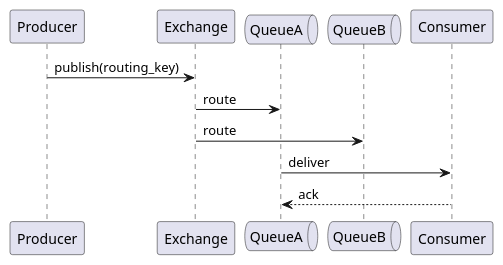
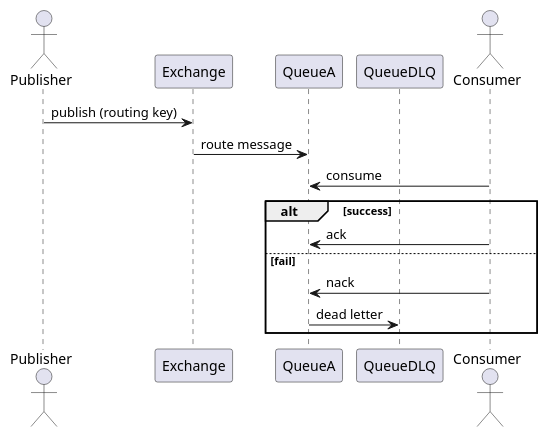
Before and after one commit to iwizy/analyst_kb: the diagram in docs/integrations/integration-methods/message-brokers/rabbitmq.md, drawn with PlantUML. The commit also changed other lines of this file and 33 other files, not shown here.

````diff
--- a/docs/integrations/integration-methods/message-brokers/rabbitmq.md
+++ b/docs/integrations/integration-methods/message-brokers/rabbitmq.md
@@ -16,15 +36,19 @@
 ```kroki-plantuml
 @startuml
-participant Producer
+actor Publisher
 participant Exchange
-queue QueueA
-queue QueueB
-participant Consumer
+participant QueueA
+participant QueueDLQ
+actor Consumer
 
-Producer -> Exchange: publish(routing_key)
-Exchange -> QueueA: route
-Exchange -> QueueB: route
-QueueA -> Consumer: deliver
-Consumer --> QueueA: ack
+Publisher -> Exchange: publish (routing key)
+Exchange -> QueueA: route message
+Consumer -> QueueA: consume
+alt success
+  Consumer -> QueueA: ack
+else fail
+  Consumer -> QueueA: nack
+  QueueA -> QueueDLQ: dead letter
+end
 @enduml
 ```
````
